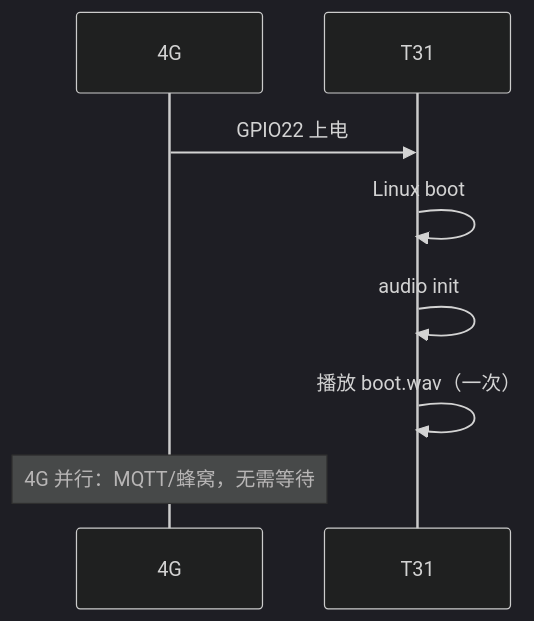
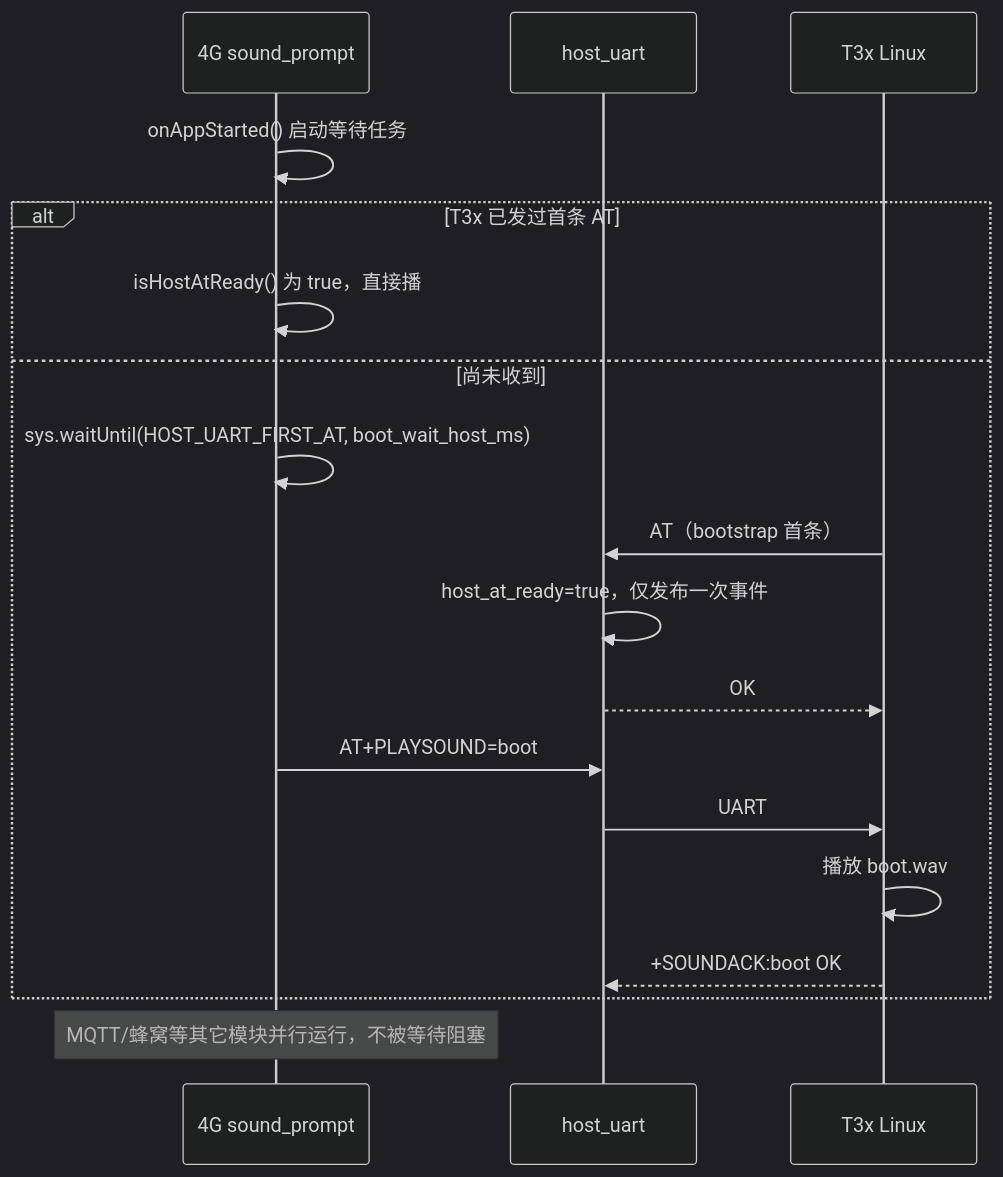
The fifth of 5 diagrams in doc/BOOT_SHUTDOWN_SOUND.md (dzr1986/AIR780EHM), drawn with Mermaid (dark theme) before and after one commit. The commit also changed other lines of this file and 107 other files, not shown here.

````diff
--- a/doc/BOOT_SHUTDOWN_SOUND.md
+++ b/doc/BOOT_SHUTDOWN_SOUND.md
@@ -259,11 +265,21 @@
 ```mermaid
 sequenceDiagram
-    participant G as 4G
-    participant T as T31
+    participant G as 4G sound_prompt
+    participant H as host_uart
+    participant T as T3x Linux
 
-    G->>T: GPIO22 上电
-    T->>T: Linux boot
-    T->>T: audio init
-    T->>T: 播放 boot.wav（一次）
-    Note over G: 4G 并行：MQTT/蜂窝，无需等待
+    G->>G: onAppStarted() 启动等待任务
+    alt T3x 已发过首条 AT
+        G->>G: isHostAtReady() 为 true，直接播
+    else 尚未收到
+        G->>G: sys.waitUntil(HOST_UART_FIRST_AT, boot_wait_host_ms)
+        T->>H: AT（bootstrap 首条）
+        H->>H: host_at_ready=true，仅发布一次事件
+        H-->>T: OK
+        G->>H: AT+PLAYSOUND=boot
+        H->>T: UART
+        T->>T: 播放 boot.wav
+        T-->>H: +SOUNDACK:boot OK
+    end
+    Note over G: MQTT/蜂窝等其它模块并行运行，不被等待阻塞
 ```
````
